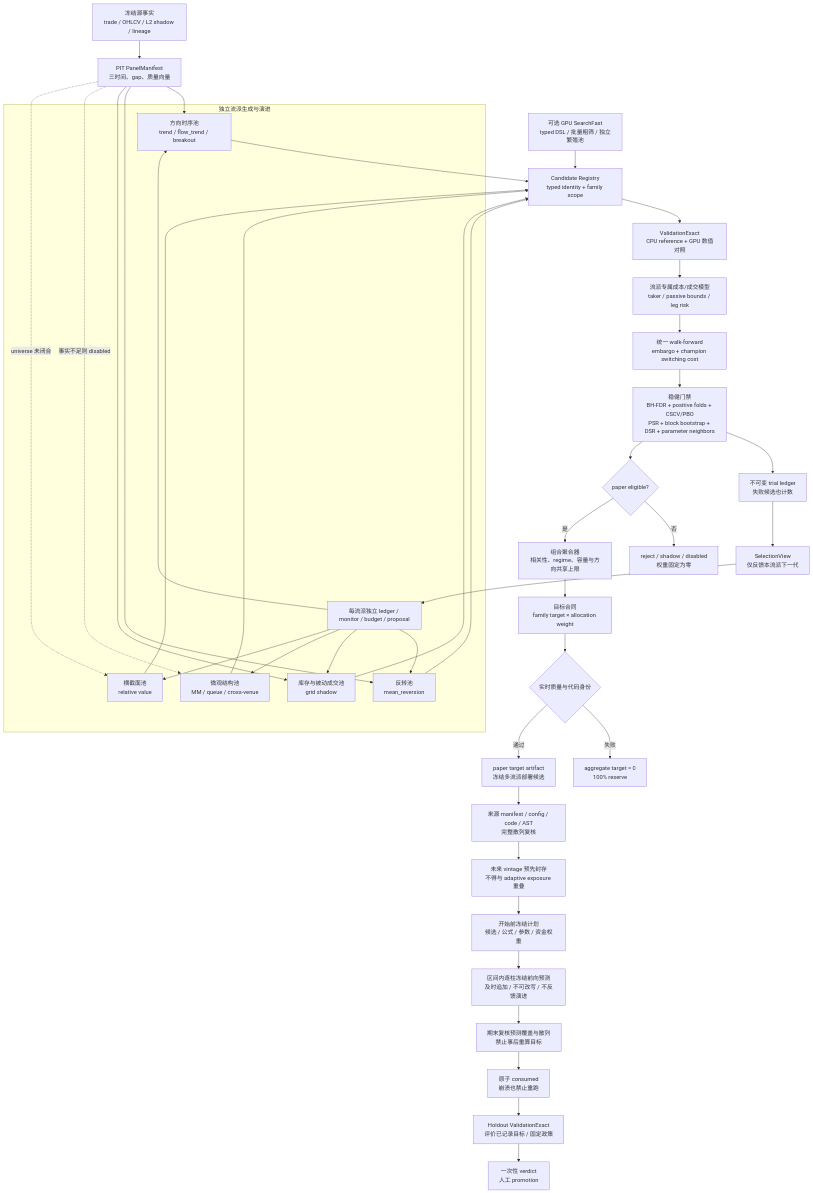
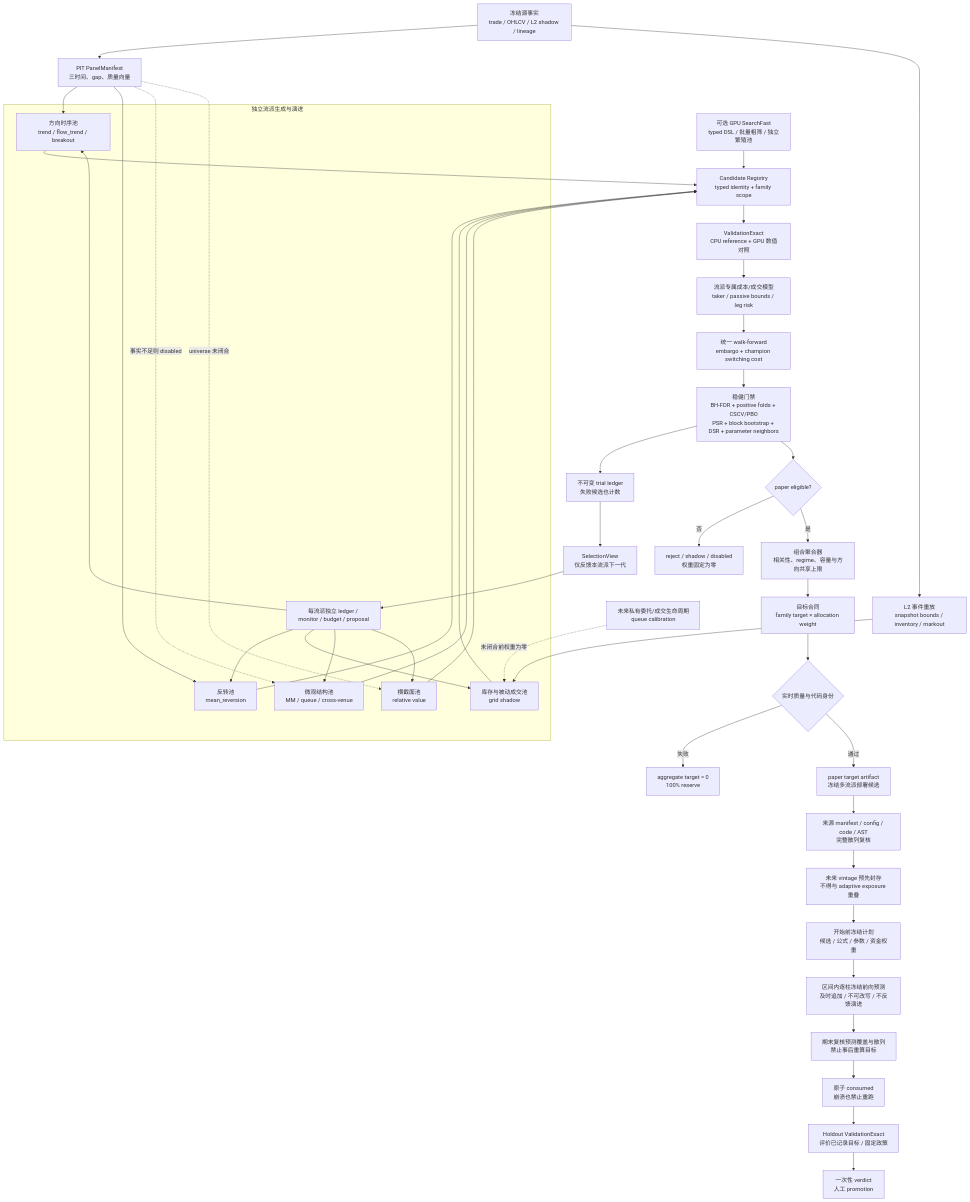
One commit to tomesakai/guvolu changed the diagram in docs/strategy-research.md. Above: the diagram before and after it, drawn with Mermaid. The commit also changed other lines of this file and 5 other files, not shown here.

````diff
--- a/docs/strategy-research.md
+++ b/docs/strategy-research.md
@@ -357,61 +405,66 @@
 ```mermaid
 flowchart TB
     raw["冻结源事实<br/>trade / OHLCV / L2 shadow / lineage"]
     pit["PIT PanelManifest<br/>三时间、gap、质量向量"]
     raw --> pit
+    l2["L2 事件重放<br/>snapshot bounds / inventory / markout"]
+    raw --> l2
 
     subgraph generation["独立流派生成与演进"]
         direction["方向时序池<br/>trend / flow_trend / breakout"]
         reversion["反转池<br/>mean_reversion"]
         grid["库存与被动成交池<br/>grid shadow"]
         micro["微观结构池<br/>MM / queue / cross-venue"]
         cross["横截面池<br/>relative value"]
         monitors["每流派独立 ledger / monitor / budget / proposal"]
         monitors --> direction
         monitors --> reversion
         monitors --> grid
         monitors --> micro
         monitors --> cross
     end
 
     pit --> direction
     pit --> reversion
-    pit --> grid
+    l2 --> grid
     pit -. "事实不足则 disabled" .-> micro
     pit -. "universe 未闭合" .-> cross
 
     registry["Candidate Registry<br/>typed identity + family scope"]
     direction --> registry
     reversion --> registry
     grid --> registry
     micro --> registry
     cross --> registry
 
     gpu["可选 GPU SearchFast<br/>typed DSL / 批量粗筛 / 独立繁殖池"]
     gpu --> registry
 
     exact["ValidationExact<br/>CPU reference + GPU 数值对照"]
     registry --> exact
     exact --> cost["流派专属成本/成交模型<br/>taker / passive bounds / leg risk"]
     cost --> wf["统一 walk-forward<br/>embargo + champion switching cost"]
     wf --> robust["稳健门禁<br/>BH-FDR + positive folds + CSCV/PBO<br/>PSR + block bootstrap + DSR + parameter neighbors"]
     robust --> ledger["不可变 trial ledger<br/>失败候选也计数"]
     ledger --> evolution["SelectionView<br/>仅反馈本流派下一代"]
     evolution --> monitors
 
+    privateFill["未来私有委托/成交生命周期<br/>queue calibration"]
+    privateFill -. "未闭合前权重为零" .-> grid
+
     robust --> eligible{"paper eligible?"}
     eligible -- "否" --> reject["reject / shadow / disabled<br/>权重固定为零"]
     eligible -- "是" --> aggregate["组合聚合器<br/>相关性、regime、容量与方向共享上限"]
     aggregate --> contract["目标合同<br/>family target × allocation weight"]
     contract --> quality{"实时质量与代码身份"}
     quality -- "失败" --> flat["aggregate target = 0<br/>100% reserve"]
     quality -- "通过" --> paper["paper target artifact<br/>冻结多流派部署候选"]
     paper --> sourceVerify["来源 manifest / config / code / AST<br/>完整散列复核"]
     sourceVerify --> sealed["未来 vintage 预先封存<br/>不得与 adaptive exposure 重叠"]
     sealed --> frozenPlan["开始前冻结计划<br/>候选 / 公式 / 参数 / 资金权重"]
     frozenPlan --> forward["区间内逐柱冻结前向预测<br/>及时追加 / 不可改写 / 不反馈演进"]
     forward --> verifyForward["期末复核预测覆盖与散列<br/>禁止事后重算目标"]
     verifyForward --> consume["原子 consumed<br/>崩溃也禁止重跑"]
     consume --> holdout["Holdout ValidationExact<br/>评价已记录目标 / 固定政策"]
     holdout --> promotion["一次性 verdict<br/>人工 promotion"]
 ```
````
